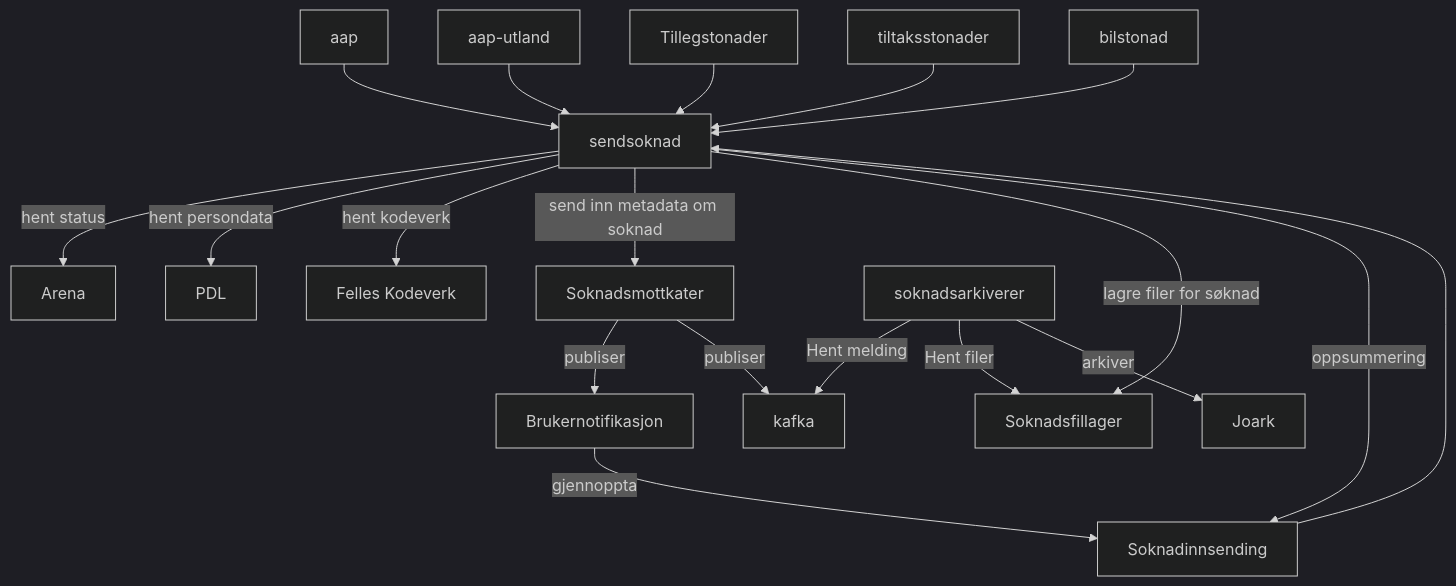
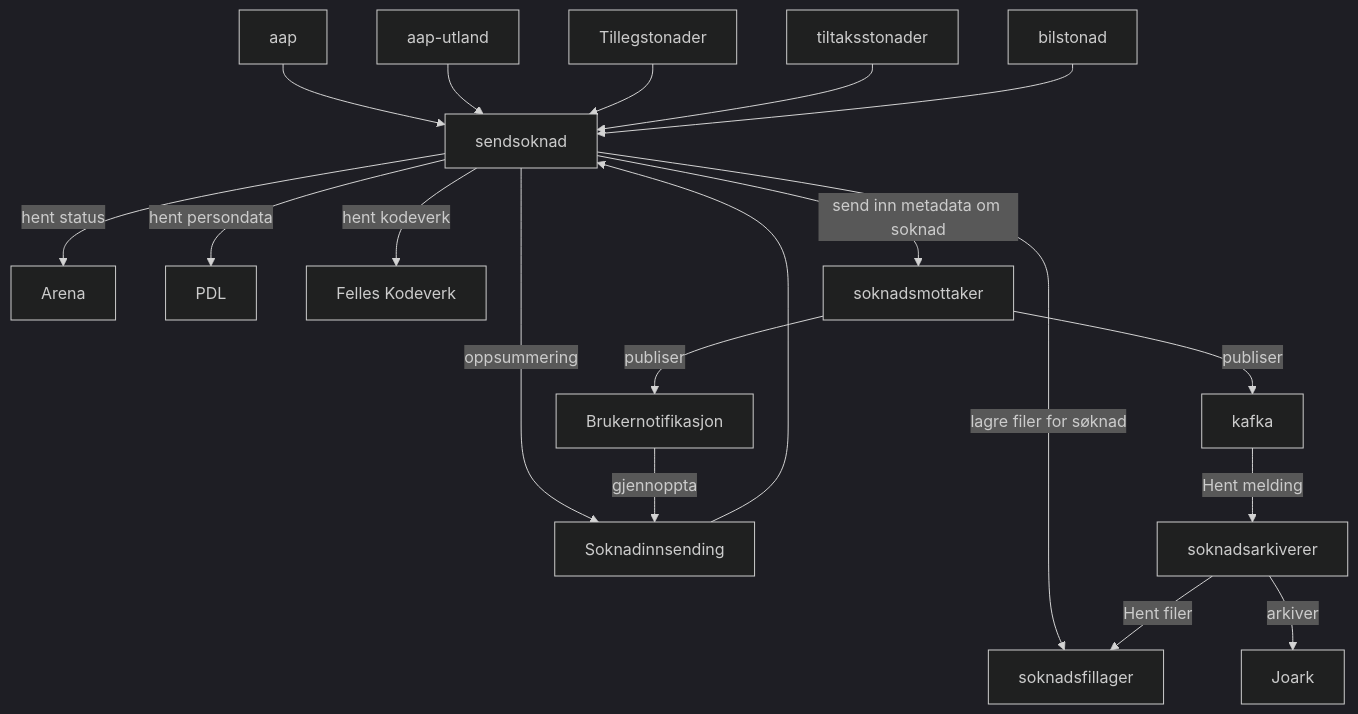
The third of 3 diagrams in docs/Arkitektur.md (navikt/sendsoknad-boot), drawn with Mermaid (dark theme) before and after one commit. The commit also changed other lines of this file and 2 other files, not shown here.

````diff
--- a/docs/Arkitektur.md
+++ b/docs/Arkitektur.md
@@ -47,22 +46,22 @@
 ```mermaid
 flowchart TD
     A[aap] --> F[sendsoknad]
     B[aap-utland] --> F
     C[Tillegstonader] --> F
     D[tiltaksstonader] --> F
     E[bilstonad] --> F
     F[sendsoknad]-- hent status -->G[Arena]
     F-- hent persondata -->H[PDL]
     F-- hent kodeverk -->I[Felles Kodeverk]
-    F-- send inn metadata om soknad -->J[Soknadsmottkater]
-    F-- lagre filer for søknad -->K[Soknadsfillager]
+    F-- send inn metadata om soknad -->J[soknadsmottaker]
+    F-- lagre filer for søknad -->K[soknadsfillager]
     F-- oppsummering -->L[Soknadinnsending]
     L--> F
     J -- publiser -->M[Brukernotifikasjon]
     M-- gjennoppta -->L
     N[soknadsarkiverer]
     J -- publiser -->O[kafka]
-    N -- Hent melding --> O
+    O -- Hent melding --> N
     N -- Hent filer --> K 
     N -- arkiver --> P[Joark]
 ```
````
